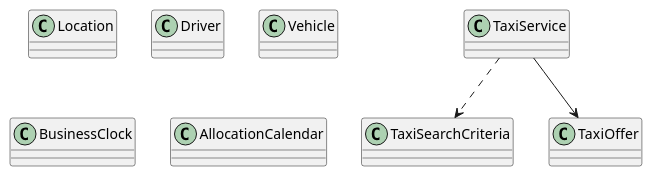
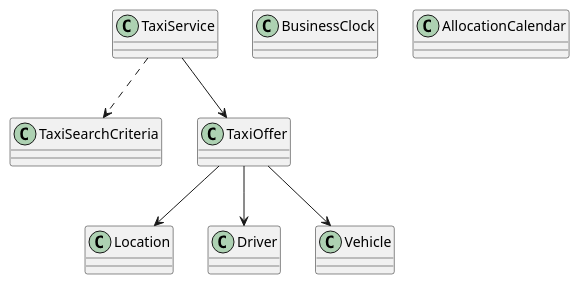
One commit to BKien/figma_spec changed the diagram in Travel Booking App Web & Mobile/uc/uc-09-search-for-taxis.md. Above: the diagram before and after it, drawn with PlantUML. The commit also changed other lines of this file and 96 other files, not shown here.

````diff
--- a/Travel Booking App Web & Mobile/uc/uc-09-search-for-taxis.md
+++ b/Travel Booking App Web & Mobile/uc/uc-09-search-for-taxis.md
@@ -61,14 +61,17 @@
 ```plantuml
 @startuml
 class TaxiSearchCriteria
 class Location
 class Driver
 class Vehicle
 class TaxiOffer
 class TaxiService
 class BusinessClock
 class AllocationCalendar
 TaxiService ..> TaxiSearchCriteria
 TaxiService --> TaxiOffer
+TaxiOffer --> Location
+TaxiOffer --> Driver
+TaxiOffer --> Vehicle
 @enduml
 ```
````
